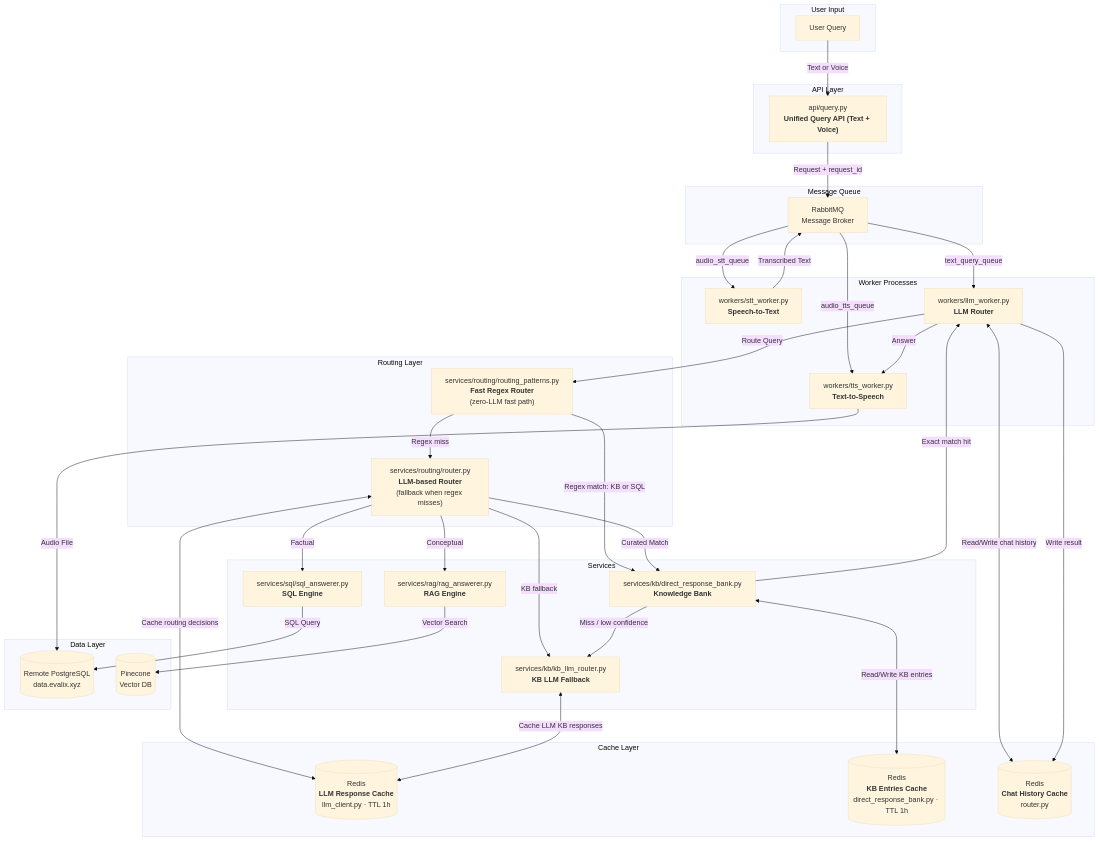
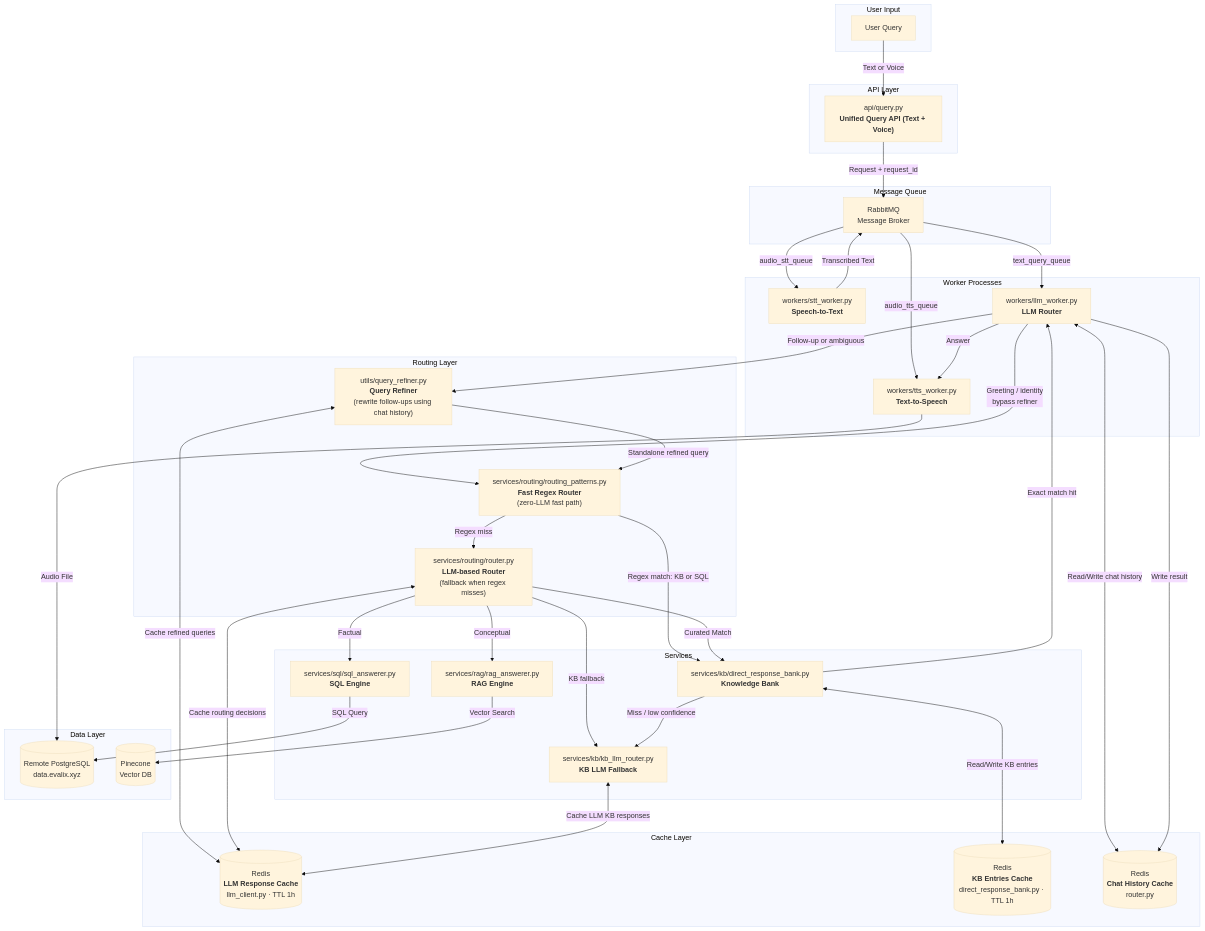
The first of 4 diagrams in README.md (theapprenticeproject/Ai), drawn with Mermaid (base theme) before and after one commit. The commit also changed other lines of this file and 4 other files, not shown here.

First line of the commit message:
refactor: extract query refiner into utils/query_refiner.py

````diff
--- a/README.md
+++ b/README.md
@@ -94,74 +95,78 @@
 ```mermaid
 graph TD
     subgraph "User Input"
         User[User Query]
     end
 
     subgraph "API Layer"
       QueryAPI["api/query.py<br><b>Unified Query API (Text + Voice)</b>"]
     end
 
     subgraph "Message Queue"
         RabbitMQ["RabbitMQ<br>Message Broker"]
     end
 
     subgraph "Worker Processes"
         STTWorker["workers/stt_worker.py<br><b>Speech-to-Text</b>"]
         LLMWorker["workers/llm_worker.py<br><b>LLM Router</b>"]
         TTSWorker["workers/tts_worker.py<br><b>Text-to-Speech</b>"]
     end
 
     subgraph "Routing Layer"
+        Refiner["utils/query_refiner.py<br><b>Query Refiner</b><br>(rewrite follow-ups using chat history)"]
         FastPath["services/routing/routing_patterns.py<br><b>Fast Regex Router</b><br>(zero-LLM fast path)"]
         Router["services/routing/router.py<br><b>LLM-based Router</b><br>(fallback when regex misses)"]
     end
 
     subgraph "Services"
       KB["services/kb/direct_response_bank.py<br><b>Knowledge Bank</b>"]
         SQL["services/sql/sql_answerer.py<br><b>SQL Engine</b>"]
         RAG["services/rag/rag_answerer.py<br><b>RAG Engine</b>"]
       KBRouter["services/kb/kb_llm_router.py<br><b>KB LLM Fallback</b>"]
     end
 
     subgraph "Cache Layer"
         RedisLLM[("Redis<br><b>LLM Response Cache</b><br>llm_client.py · TTL 1h")]
         RedisKB[("Redis<br><b>KB Entries Cache</b><br>direct_response_bank.py · TTL 1h")]
         RedisHistory[("Redis<br><b>Chat History Cache</b><br>router.py")]
     end
 
     subgraph "Data Layer"
       PostgresDB[(Remote PostgreSQL<br>data.evalix.xyz)]
         PineconeDB[(Pinecone<br>Vector DB)]
     end
 
     User -->|Text or Voice| QueryAPI
     QueryAPI -->|Request + request_id| RabbitMQ
 
     RabbitMQ -->|audio_stt_queue| STTWorker
     RabbitMQ -->|text_query_queue| LLMWorker
     RabbitMQ -->|audio_tts_queue| TTSWorker
 
     STTWorker -->|Transcribed Text| RabbitMQ
-    LLMWorker -->|Route Query| FastPath
+    LLMWorker -->|Greeting / identity<br>bypass refiner| FastPath
+    LLMWorker -->|Follow-up or ambiguous| Refiner
+    Refiner -->|Standalone refined query| FastPath
+    Refiner <-->|Cache refined queries| RedisLLM
     FastPath -->|Regex match: KB or SQL| KB
     FastPath -->|Regex miss| Router
     Router <-->|Cache routing decisions| RedisLLM
     Router -->|Curated Match| KB
     Router -->|Factual| SQL
     Router -->|Conceptual| RAG
     Router -->|KB fallback| KBRouter
 
     KB <-->|Read/Write KB entries| RedisKB
     KB -->|Exact match hit| LLMWorker
     KB -->|Miss / low confidence| KBRouter
     KBRouter <-->|Cache LLM KB responses| RedisLLM
 
     LLMWorker <-->|Read/Write chat history| RedisHistory
 
     SQL -->|SQL Query| PostgresDB
     RAG -->|Vector Search| PineconeDB
 
     LLMWorker -->|Answer| TTSWorker
     TTSWorker -->|Audio File| PostgresDB
     LLMWorker -->|Write result| RedisHistory
 ```
````
